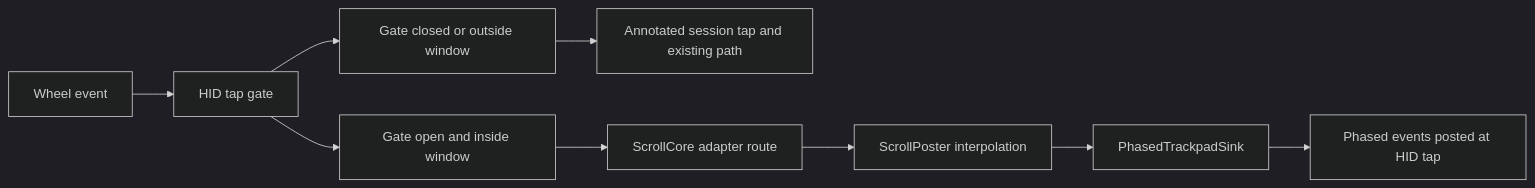
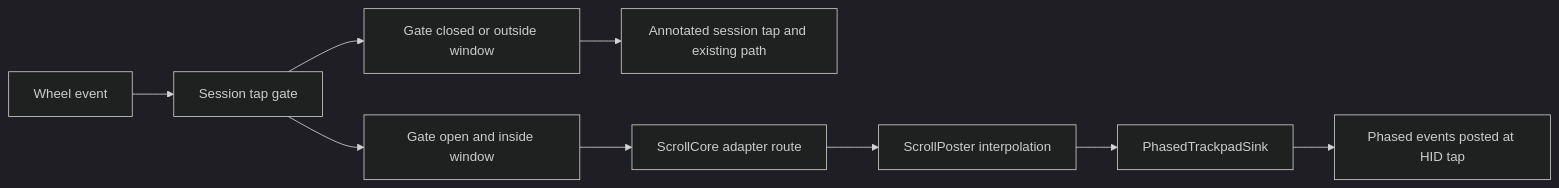
One commit to Caldis/Mos changed the diagram in docs/plans/2026-10-12-iphone-mirroring-scroll.md. Above: the diagram before and after it, drawn with Mermaid (dark theme). The commit also changed other lines of this file and 7 other files, not shown here.

````diff
--- a/docs/plans/2026-10-12-iphone-mirroring-scroll.md
+++ b/docs/plans/2026-10-12-iphone-mirroring-scroll.md
@@ -25,11 +25,11 @@
 ```mermaid
 flowchart LR
-  W[Wheel event] --> H[HID tap gate]
+  W[Wheel event] --> H[Session tap gate]
   H --> C1[Gate closed or outside window]
   C1 --> A[Annotated session tap and existing path]
   H --> C2[Gate open and inside window]
   C2 --> S[ScrollCore adapter route]
   S --> P[ScrollPoster interpolation]
   P --> O[PhasedTrackpadSink]
   O --> E[Phased events posted at HID tap]
 ```
````
